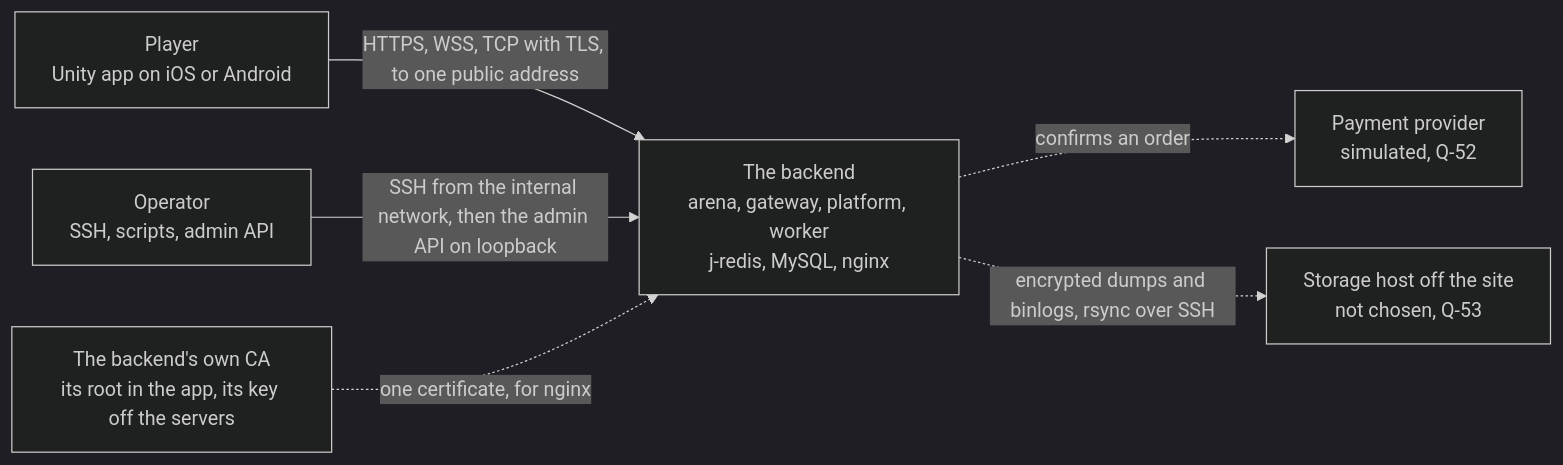
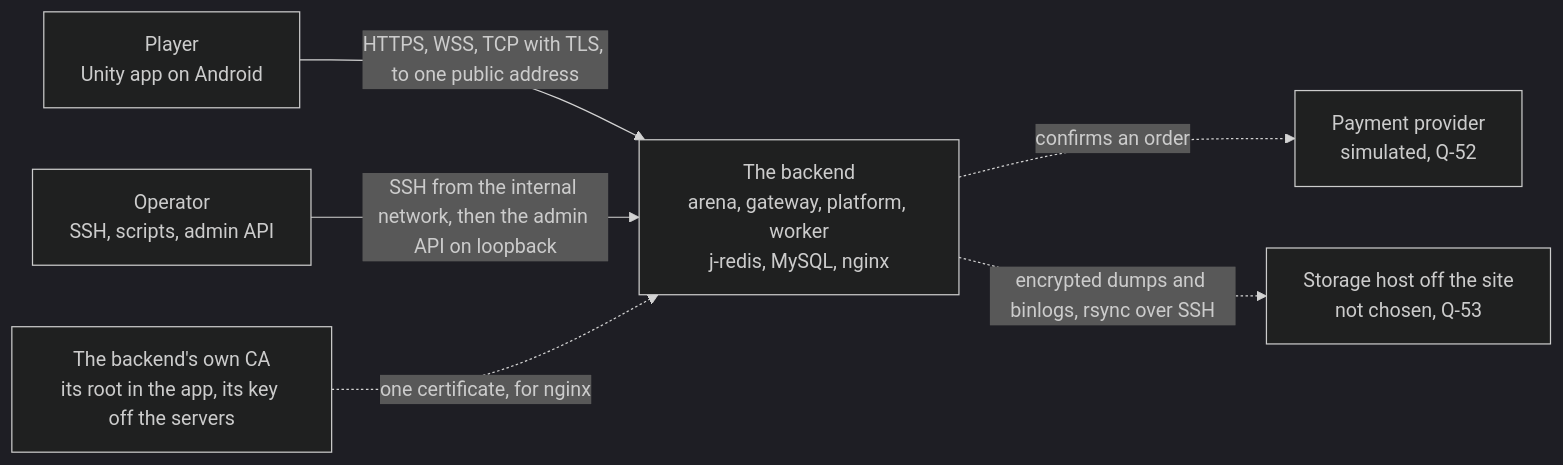
One commit to greensoft-atom/depio-simulation-platform changed the first of 6 diagrams in docs/diagrams/01-system.md. Above: the diagram before and after it, drawn with Mermaid (dark theme). The commit also changed 41 other files, not shown here.

````diff
--- a/docs/diagrams/01-system.md
+++ b/docs/diagrams/01-system.md
@@ -21,14 +21,14 @@
 ```mermaid
 flowchart LR
-    player["Player<br/>Unity app on iOS or Android"]
+    player["Player<br/>Unity app on Android"]
     operator["Operator<br/>SSH, scripts, admin API"]
     backend["The backend<br/>arena, gateway, platform, worker<br/>j-redis, MySQL, nginx"]
     provider["Payment provider<br/>simulated, Q-52"]
     offsite["Storage host off the site<br/>not chosen, Q-53"]
     ca["The backend's own CA<br/>its root in the app, its key off the servers"]
     player -->|"HTTPS, WSS, TCP with TLS, to one public address"| backend
     operator -->|"SSH from the internal network, then the admin API on loopback"| backend
     backend -.->|"confirms an order"| provider
     backend -.->|"encrypted dumps and binlogs, rsync over SSH"| offsite
     ca -.->|"one certificate, for nginx"| backend
 ```
````
